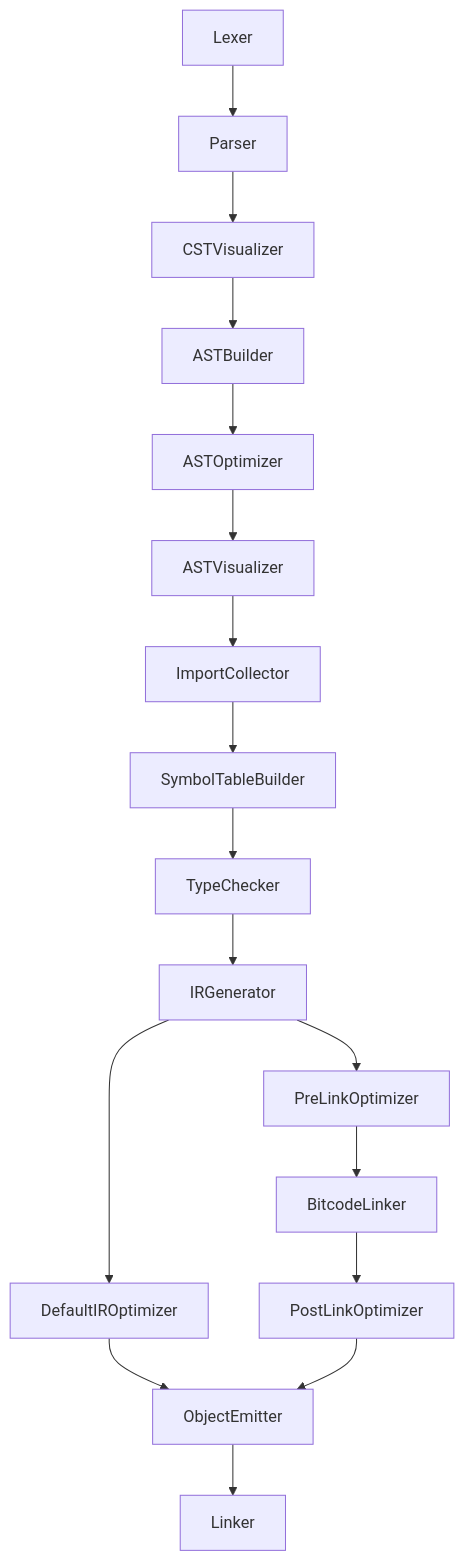
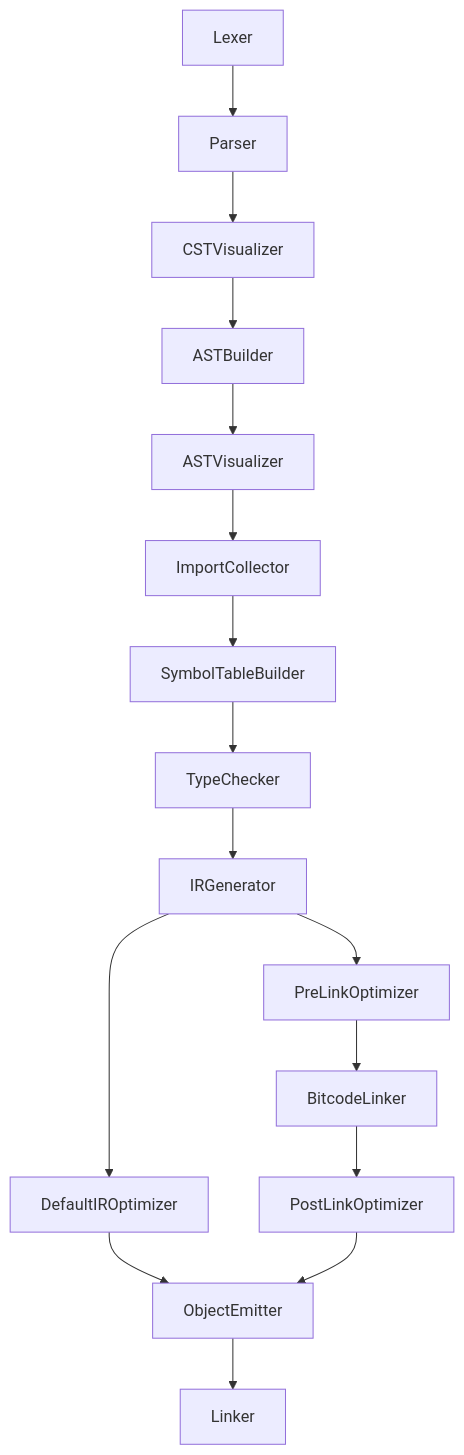
The diagram in media/specs/compile-stages.md (spicelang/spice), drawn with Mermaid before and after one commit. The commit also changed other lines of this file and 15 other files, not shown here.

````diff
--- a/media/specs/compile-stages.md
+++ b/media/specs/compile-stages.md
@@ -8,22 +8,21 @@
 ```mermaid
 graph TD;
     Lexer-->
     Parser-->
     CSTVisualizer-->
     ASTBuilder-->
-    ASTOptimizer-->
     ASTVisualizer-->
     ImportCollector-->
     SymbolTableBuilder-->
     TypeChecker-->
     IRGenerator-->
     DefaultIROptimizer-->
     ObjectEmitter-->
     Linker;
     
     IRGenerator-->
     PreLinkOptimizer-->
     BitcodeLinker-->
     PostLinkOptimizer-->
     ObjectEmitter;
 ```
````
